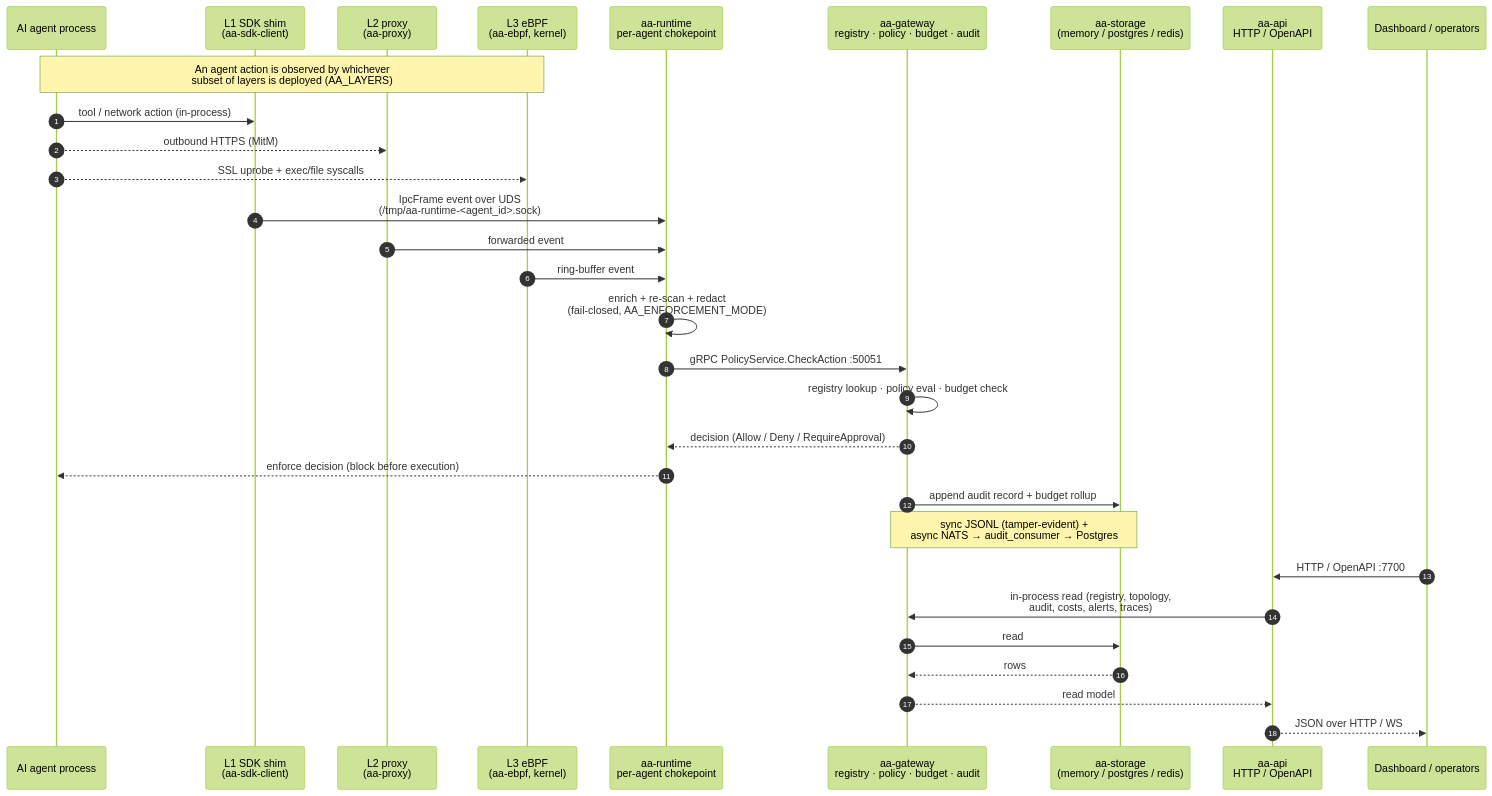
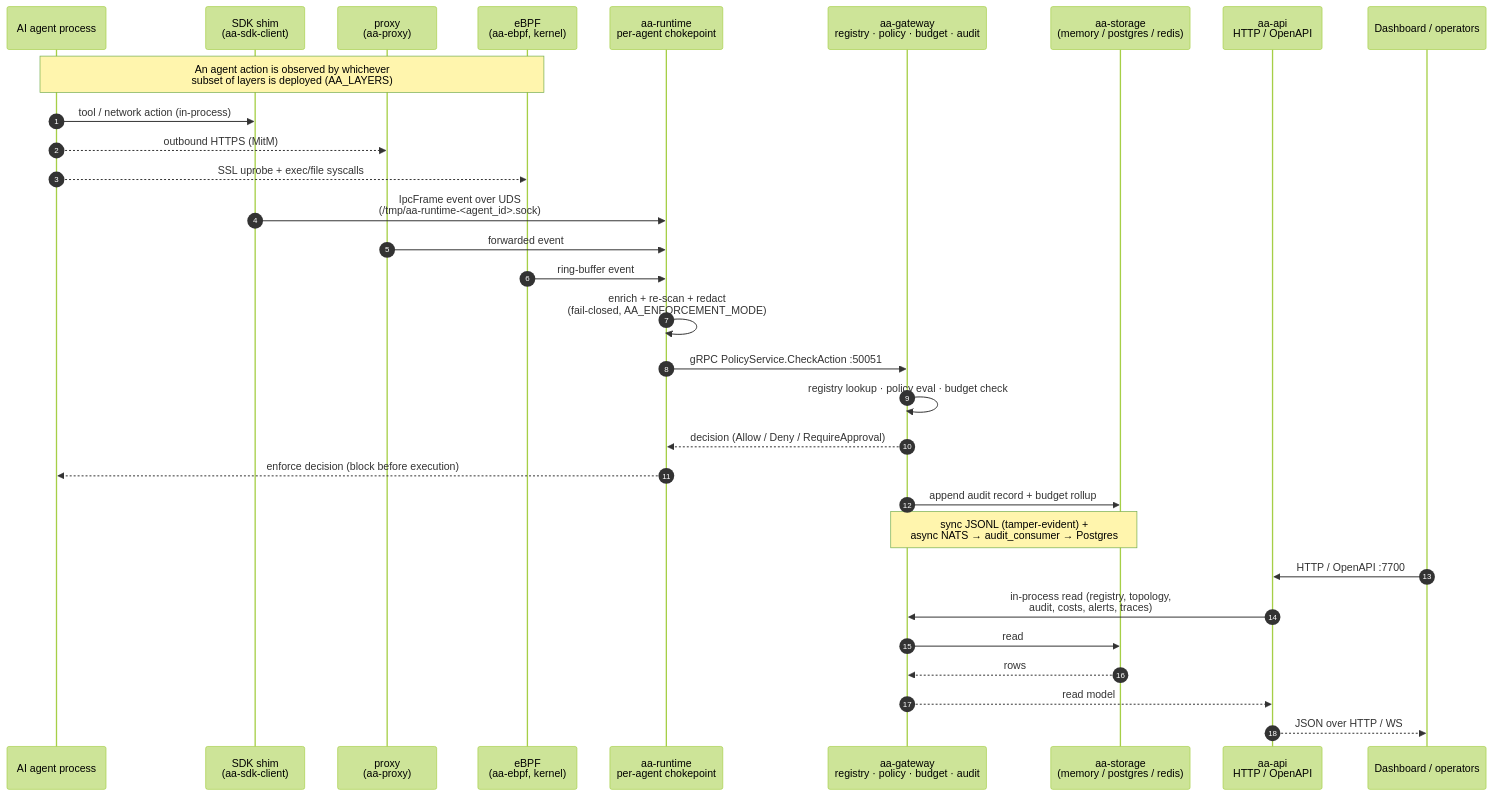
The second of 2 diagrams in docs/src/architecture/infra-overview.md (ai-agent-assembly/agent-assembly), drawn with Mermaid (forest theme) before and after one commit. The commit also changed other lines of this file and 3 other files, not shown here.

First line of the commit message:
📝 (docs): Re-term architecture components/workflows/infra pages

````diff
--- a/docs/src/architecture/infra-overview.md
+++ b/docs/src/architecture/infra-overview.md
@@ -136,39 +138,39 @@
 ```mermaid
 sequenceDiagram
     autonumber
     participant Agent as AI agent process
-    participant L1 as L1 SDK shim<br/>(aa-sdk-client)
-    participant L2 as L2 proxy<br/>(aa-proxy)
-    participant L3 as L3 eBPF<br/>(aa-ebpf, kernel)
+    participant L1 as SDK shim<br/>(aa-sdk-client)
+    participant L2 as proxy<br/>(aa-proxy)
+    participant L3 as eBPF<br/>(aa-ebpf, kernel)
     participant RT as aa-runtime<br/>per-agent chokepoint
     participant GW as aa-gateway<br/>registry · policy · budget · audit
     participant Store as aa-storage<br/>(memory / postgres / redis)
     participant API as aa-api<br/>HTTP / OpenAPI
     participant Dash as Dashboard / operators
 
     Note over Agent,L3: An agent action is observed by whichever<br/>subset of layers is deployed (AA_LAYERS)
     Agent->>L1: tool / network action (in-process)
     Agent-->>L2: outbound HTTPS (MitM)
     Agent-->>L3: SSL uprobe + exec/file syscalls
 
     L1->>RT: IpcFrame event over UDS<br/>(/tmp/aa-runtime-<agent_id>.sock)
     L2->>RT: forwarded event
     L3->>RT: ring-buffer event
 
     RT->>RT: enrich + re-scan + redact<br/>(fail-closed, AA_ENFORCEMENT_MODE)
     RT->>GW: gRPC PolicyService.CheckAction :50051
 
     GW->>GW: registry lookup · policy eval · budget check
     GW-->>RT: decision (Allow / Deny / RequireApproval)
     RT-->>Agent: enforce decision (block before execution)
 
     GW->>Store: append audit record + budget rollup
     Note over GW,Store: sync JSONL (tamper-evident) +<br/>async NATS → audit_consumer → Postgres
 
     Dash->>API: HTTP / OpenAPI :7700
     API->>GW: in-process read (registry, topology,<br/>audit, costs, alerts, traces)
     GW->>Store: read
     Store-->>GW: rows
     GW-->>API: read model
     API-->>Dash: JSON over HTTP / WS
 ```
````
